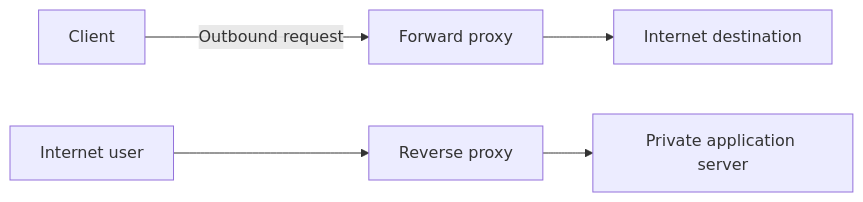
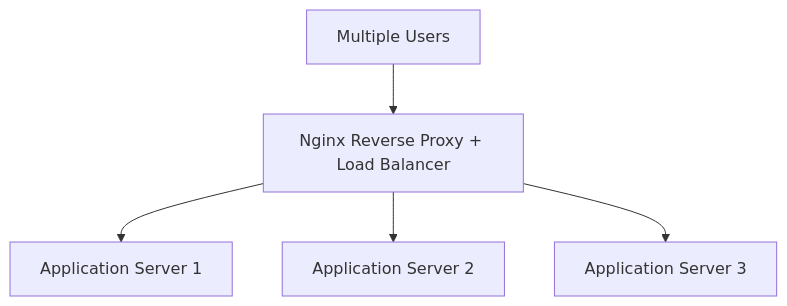
Before and after one commit to Pradeepreddy405/Learn-Devops-from-scratch: the fifth of 5 diagrams in 04_Networking_and_Troubleshooting/Proxy_web_architecture/02_Proxy_and_Reverse_Proxy/README.md, drawn with Mermaid. The commit also changed other lines of this file and 7 other files, not shown here.

Commit message:
Added modules and content about forward and reverse proxy and loadbalancer images

````diff
--- a/04_Networking_and_Troubleshooting/Proxy_web_architecture/02_Proxy_and_Reverse_Proxy/README.md
+++ b/04_Networking_and_Troubleshooting/Proxy_web_architecture/02_Proxy_and_Reverse_Proxy/README.md
@@ -20,7 +207,7 @@
 ```mermaid
-flowchart LR
-  U[Client] -->|Outbound request| F[Forward proxy]
-  F --> I[Internet destination]
-  C[Internet user] --> R[Reverse proxy]
-  R --> A[Private application server]
+flowchart TB
+    U[Multiple Users] --> N[Nginx Reverse Proxy + Load Balancer]
+    N --> A[Application Server 1]
+    N --> B[Application Server 2]
+    N --> C[Application Server 3]
 ```
````
